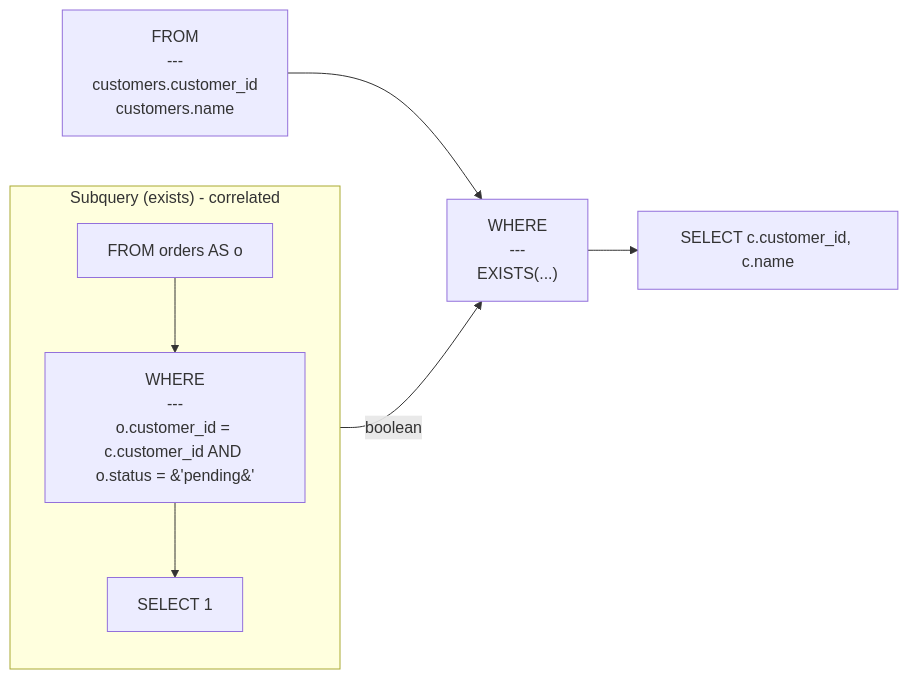
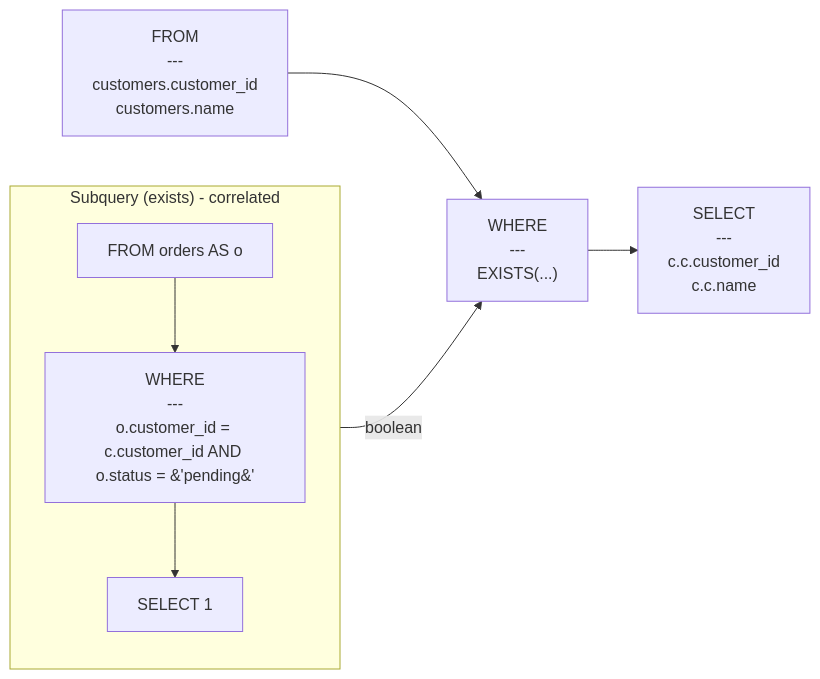
The diagram in examples/subquery_exists.mmd (rot1024/sqloflow), drawn with Mermaid before and after one commit. The commit also changed 42 other files, not shown here.

```diff
--- a/examples/subquery_exists.mmd
+++ b/examples/subquery_exists.mmd
@@ -1,15 +1,15 @@
 flowchart LR
     node_0["FROM<br/>---<br/>customers.customer_id<br/>customers.name"]
     node_1["WHERE<br/>---<br/>EXISTS(...)"]
     subgraph subquery_node_2 ["Subquery (exists) - correlated"]
         direction TB
         subq_0_node_0[FROM orders AS o]
         subq_0_node_1["WHERE<br/>---<br/>o.customer_id = c.customer_id AND o.status = &#39;pending&#39;"]
         subq_0_node_2["SELECT 1"]
         subq_0_node_0 --> subq_0_node_1
         subq_0_node_1 --> subq_0_node_2
     end
     subq_0_node_2 -->|boolean| node_1
-    node_3["SELECT c.customer_id, c.name"]
+    node_3["SELECT<br/>---<br/>c.c.customer_id<br/>c.c.name"]
     node_0 --> node_1
     node_1 --> node_3
```
